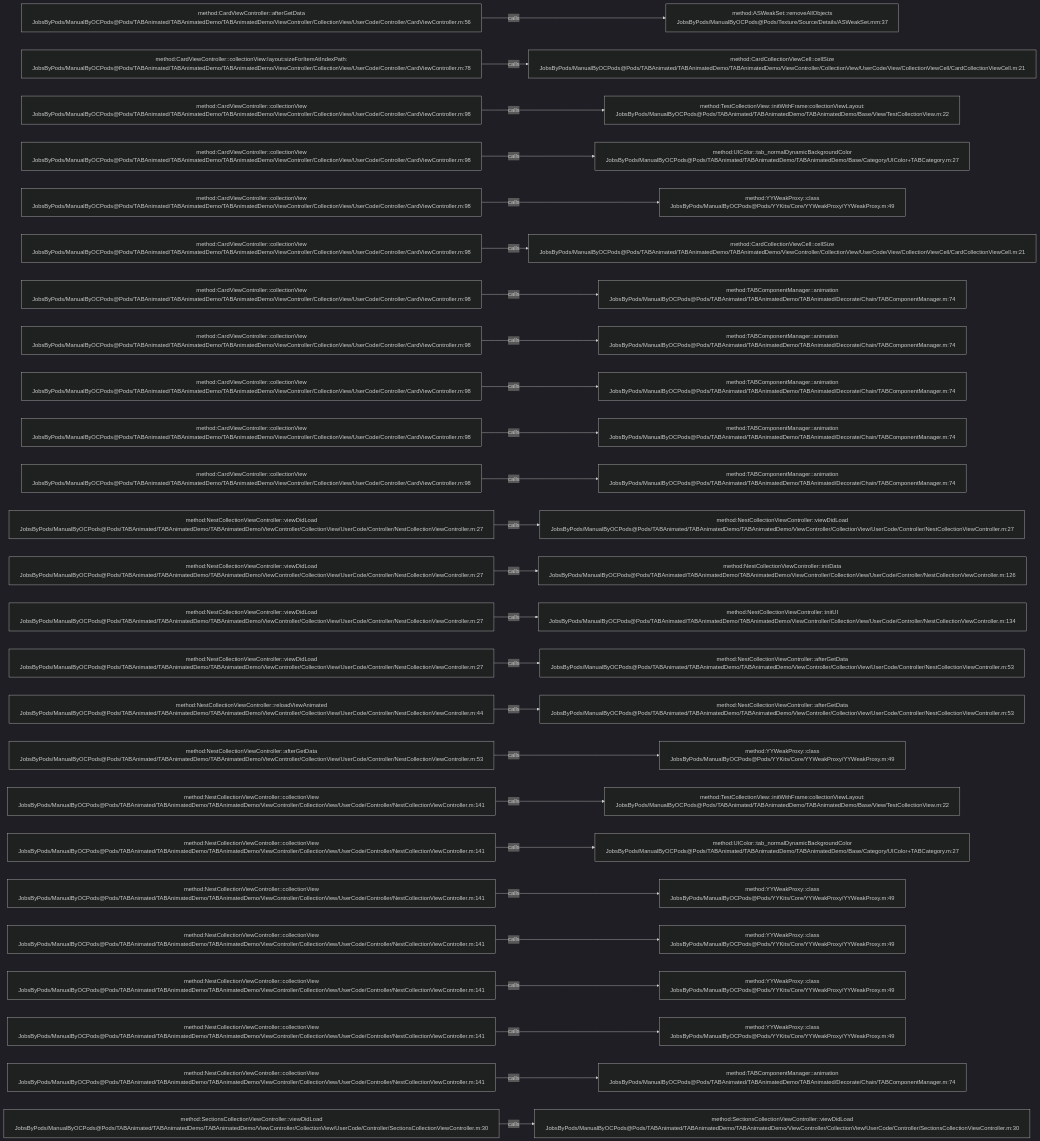
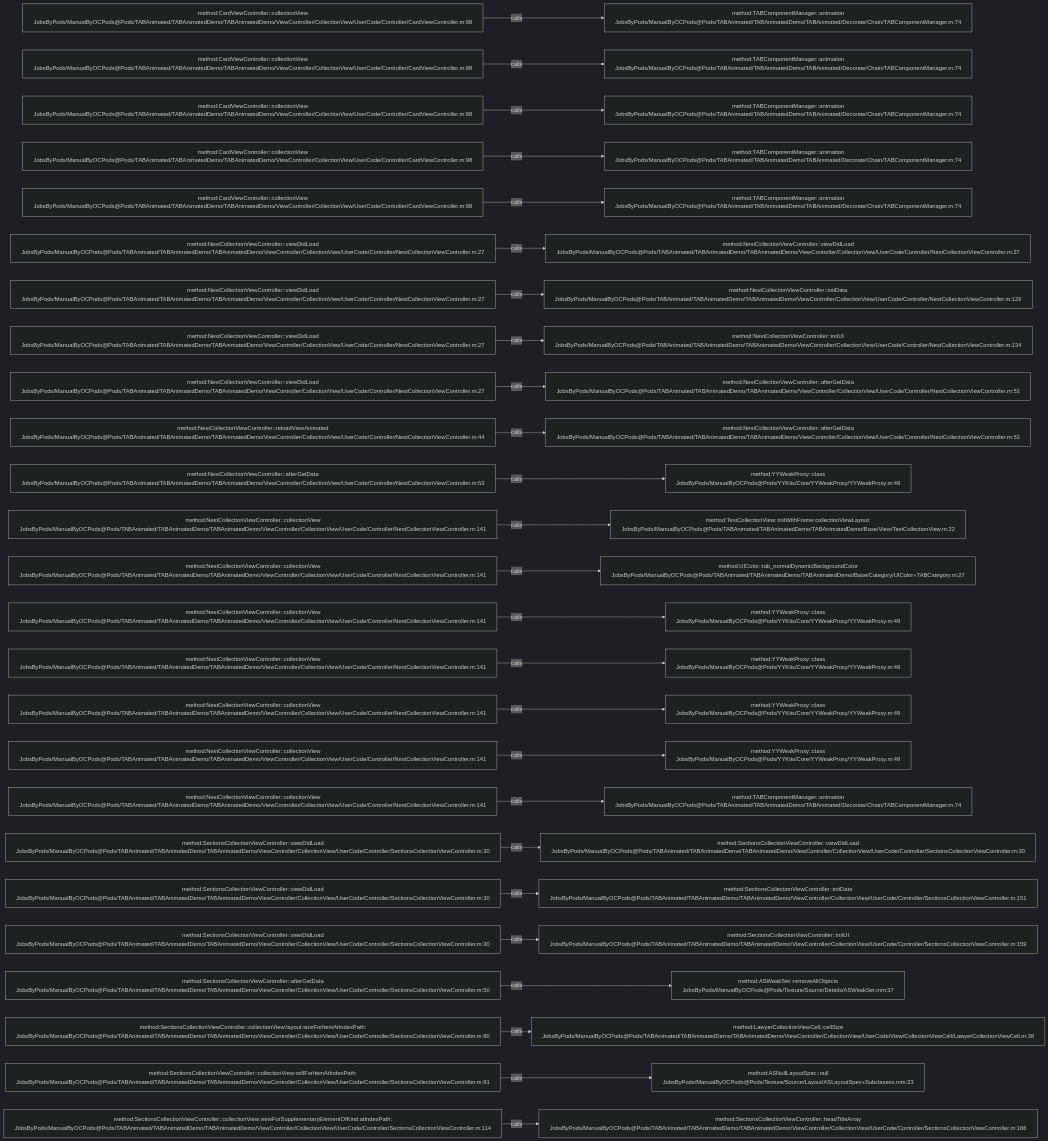
One commit to JobsKits/JobsOCBaseConfigDemo changed the diagram in .codegraph/codegraph.md/graphs/calls-042.md. Above: the diagram before and after it, drawn with Mermaid (dark theme). The commit also changed 666 other files, not shown here.

````diff
--- a/.codegraph/codegraph.md/graphs/calls-042.md
+++ b/.codegraph/codegraph.md/graphs/calls-042.md
@@ -13,78 +13,78 @@
 ```mermaid
 flowchart LR
-  S1["method:CardViewController::afterGetData<br/>JobsByPods/ManualByOCPods@Pods/TABAnimated/TABAnimatedDemo/TABAnimatedDemo/ViewController/CollectionView/UserCode/Controller/CardViewController.m:56"]
-  T1["method:ASWeakSet::removeAllObjects<br/>JobsByPods/ManualByOCPods@Pods/Texture/Source/Details/ASWeakSet.mm:37"]
+  S1["method:CardViewController::collectionView<br/>JobsByPods/ManualByOCPods@Pods/TABAnimated/TABAnimatedDemo/TABAnimatedDemo/ViewController/CollectionView/UserCode/Controller/CardViewController.m:98"]
+  T1["method:TABComponentManager::animation<br/>JobsByPods/ManualByOCPods@Pods/TABAnimated/TABAnimatedDemo/TABAnimated/Decorate/Chain/TABComponentManager.m:74"]
   S1 -->|calls| T1
-  S2["method:CardViewController::collectionView:layout:sizeForItemAtIndexPath:<br/>JobsByPods/ManualByOCPods@Pods/TABAnimated/TABAnimatedDemo/TABAnimatedDemo/ViewController/CollectionView/UserCode/Controller/CardViewController.m:78"]
-  T2["method:CardCollectionViewCell::cellSize<br/>JobsByPods/ManualByOCPods@Pods/TABAnimated/TABAnimatedDemo/TABAnimatedDemo/ViewController/CollectionView/UserCode/View/CollectionViewCell/CardCollectionViewCell.m:21"]
+  S2["method:CardViewController::collectionView<br/>JobsByPods/ManualByOCPods@Pods/TABAnimated/TABAnimatedDemo/TABAnimatedDemo/ViewController/CollectionView/UserCode/Controller/CardViewController.m:98"]
+  T2["method:TABComponentManager::animation<br/>JobsByPods/ManualByOCPods@Pods/TABAnimated/TABAnimatedDemo/TABAnimated/Decorate/Chain/TABComponentManager.m:74"]
   S2 -->|calls| T2
   S3["method:CardViewController::collectionView<br/>JobsByPods/ManualByOCPods@Pods/TABAnimated/TABAnimatedDemo/TABAnimatedDemo/ViewController/CollectionView/UserCode/Controller/CardViewController.m:98"]
-  T3["method:TestCollectionView::initWithFrame:collectionViewLayout:<br/>JobsByPods/ManualByOCPods@Pods/TABAnimated/TABAnimatedDemo/TABAnimatedDemo/Base/View/TestCollectionView.m:22"]
+  T3["method:TABComponentManager::animation<br/>JobsByPods/ManualByOCPods@Pods/TABAnimated/TABAnimatedDemo/TABAnimated/Decorate/Chain/TABComponentManager.m:74"]
   S3 -->|calls| T3
   S4["method:CardViewController::collectionView<br/>JobsByPods/ManualByOCPods@Pods/TABAnimated/TABAnimatedDemo/TABAnimatedDemo/ViewController/CollectionView/UserCode/Controller/CardViewController.m:98"]
-  T4["method:UIColor::tab_normalDynamicBackgroundColor<br/>JobsByPods/ManualByOCPods@Pods/TABAnimated/TABAnimatedDemo/TABAnimatedDemo/Base/Category/UIColor+TABCategory.m:27"]
+  T4["method:TABComponentManager::animation<br/>JobsByPods/ManualByOCPods@Pods/TABAnimated/TABAnimatedDemo/TABAnimated/Decorate/Chain/TABComponentManager.m:74"]
   S4 -->|calls| T4
   S5["method:CardViewController::collectionView<br/>JobsByPods/ManualByOCPods@Pods/TABAnimated/TABAnimatedDemo/TABAnimatedDemo/ViewController/CollectionView/UserCode/Controller/CardViewController.m:98"]
-  T5["method:YYWeakProxy::class<br/>JobsByPods/ManualByOCPods@Pods/YYKits/Core/YYWeakProxy/YYWeakProxy.m:49"]
+  T5["method:TABComponentManager::animation<br/>JobsByPods/ManualByOCPods@Pods/TABAnimated/TABAnimatedDemo/TABAnimated/Decorate/Chain/TABComponentManager.m:74"]
   S5 -->|calls| T5
-  S6["method:CardViewController::collectionView<br/>JobsByPods/ManualByOCPods@Pods/TABAnimated/TABAnimatedDemo/TABAnimatedDemo/ViewController/CollectionView/UserCode/Controller/CardViewController.m:98"]
-  T6["method:CardCollectionViewCell::cellSize<br/>JobsByPods/ManualByOCPods@Pods/TABAnimated/TABAnimatedDemo/TABAnimatedDemo/ViewController/CollectionView/UserCode/View/CollectionViewCell/CardCollectionViewCell.m:21"]
+  S6["method:NestCollectionViewController::viewDidLoad<br/>JobsByPods/ManualByOCPods@Pods/TABAnimated/TABAnimatedDemo/TABAnimatedDemo/ViewController/CollectionView/UserCode/Controller/NestCollectionViewController.m:27"]
+  T6["method:NestCollectionViewController::viewDidLoad<br/>JobsByPods/ManualByOCPods@Pods/TABAnimated/TABAnimatedDemo/TABAnimatedDemo/ViewController/CollectionView/UserCode/Controller/NestCollectionViewController.m:27"]
   S6 -->|calls| T6
-  S7["method:CardViewController::collectionView<br/>JobsByPods/ManualByOCPods@Pods/TABAnimated/TABAnimatedDemo/TABAnimatedDemo/ViewController/CollectionView/UserCode/Controller/CardViewController.m:98"]
-  T7["method:TABComponentManager::animation<br/>JobsByPods/ManualByOCPods@Pods/TABAnimated/TABAnimatedDemo/TABAnimated/Decorate/Chain/TABComponentManager.m:74"]
+  S7["method:NestCollectionViewController::viewDidLoad<br/>JobsByPods/ManualByOCPods@Pods/TABAnimated/TABAnimatedDemo/TABAnimatedDemo/ViewController/CollectionView/UserCode/Controller/NestCollectionViewController.m:27"]
+  T7["method:NestCollectionViewController::initData<br/>JobsByPods/ManualByOCPods@Pods/TABAnimated/TABAnimatedDemo/TABAnimatedDemo/ViewController/CollectionView/UserCode/Controller/NestCollectionViewController.m:126"]
   S7 -->|calls| T7
-  S8["method:CardViewController::collectionView<br/>JobsByPods/ManualByOCPods@Pods/TABAnimated/TABAnimatedDemo/TABAnimatedDemo/ViewController/CollectionView/UserCode/Controller/CardViewController.m:98"]
-  T8["method:TABComponentManager::animation<br/>JobsByPods/ManualByOCPods@Pods/TABAnimated/TABAnimatedDemo/TABAnimated/Decorate/Chain/TABComponentManager.m:74"]
+  S8["method:NestCollectionViewController::viewDidLoad<br/>JobsByPods/ManualByOCPods@Pods/TABAnimated/TABAnimatedDemo/TABAnimatedDemo/ViewController/CollectionView/UserCode/Controller/NestCollectionViewController.m:27"]
+  T8["method:NestCollectionViewController::initUI<br/>JobsByPods/ManualByOCPods@Pods/TABAnimated/TABAnimatedDemo/TABAnimatedDemo/ViewController/CollectionView/UserCode/Controller/NestCollectionViewController.m:134"]
   S8 -->|calls| T8
-  S9["method:CardViewController::collectionView<br/>JobsByPods/ManualByOCPods@Pods/TABAnimated/TABAnimatedDemo/TABAnimatedDemo/ViewController/CollectionView/UserCode/Controller/CardViewController.m:98"]
-  T9["method:TABComponentManager::animation<br/>JobsByPods/ManualByOCPods@Pods/TABAnimated/TABAnimatedDemo/TABAnimated/Decorate/Chain/TABComponentManager.m:74"]
+  S9["method:NestCollectionViewController::viewDidLoad<br/>JobsByPods/ManualByOCPods@Pods/TABAnimated/TABAnimatedDemo/TABAnimatedDemo/ViewController/CollectionView/UserCode/Controller/NestCollectionViewController.m:27"]
+  T9["method:NestCollectionViewController::afterGetData<br/>JobsByPods/ManualByOCPods@Pods/TABAnimated/TABAnimatedDemo/TABAnimatedDemo/ViewController/CollectionView/UserCode/Controller/NestCollectionViewController.m:53"]
   S9 -->|calls| T9
-  S10["method:CardViewController::collectionView<br/>JobsByPods/ManualByOCPods@Pods/TABAnimated/TABAnimatedDemo/TABAnimatedDemo/ViewController/CollectionView/UserCode/Controller/CardViewController.m:98"]
-  T10["method:TABComponentManager::animation<br/>JobsByPods/ManualByOCPods@Pods/TABAnimated/TABAnimatedDemo/TABAnimated/Decorate/Chain/TABComponentManager.m:74"]
+  S10["method:NestCollectionViewController::reloadViewAnimated<br/>JobsByPods/ManualByOCPods@Pods/TABAnimated/TABAnimatedDemo/TABAnimatedDemo/ViewController/CollectionView/UserCode/Controller/NestCollectionViewController.m:44"]
+  T10["method:NestCollectionViewController::afterGetData<br/>JobsByPods/ManualByOCPods@Pods/TABAnimated/TABAnimatedDemo/TABAnimatedDemo/ViewController/CollectionView/UserCode/Controller/NestCollectionViewController.m:53"]
   S10 -->|calls| T10
-  S11["method:CardViewController::collectionView<br/>JobsByPods/ManualByOCPods@Pods/TABAnimated/TABAnimatedDemo/TABAnimatedDemo/ViewController/CollectionView/UserCode/Controller/CardViewController.m:98"]
-  T11["method:TABComponentManager::animation<br/>JobsByPods/ManualByOCPods@Pods/TABAnimated/TABAnimatedDemo/TABAnimated/Decorate/Chain/TABComponentManager.m:74"]
+  S11["method:NestCollectionViewController::afterGetData<br/>JobsByPods/ManualByOCPods@Pods/TABAnimated/TABAnimatedDemo/TABAnimatedDemo/ViewController/CollectionView/UserCode/Controller/NestCollectionViewController.m:53"]
+  T11["method:YYWeakProxy::class<br/>JobsByPods/ManualByOCPods@Pods/YYKits/Core/YYWeakProxy/YYWeakProxy.m:49"]
   S11 -->|calls| T11
-  S12["method:NestCollectionViewController::viewDidLoad<br/>JobsByPods/ManualByOCPods@Pods/TABAnimated/TABAnimatedDemo/TABAnimatedDemo/ViewController/CollectionView/UserCode/Controller/NestCollectionViewController.m:27"]
-  T12["method:NestCollectionViewController::viewDidLoad<br/>JobsByPods/ManualByOCPods@Pods/TABAnimated/TABAnimatedDemo/TABAnimatedDemo/ViewController/CollectionView/UserCode/Controller/NestCollectionViewController.m:27"]
+  S12["method:NestCollectionViewController::collectionView<br/>JobsByPods/ManualByOCPods@Pods/TABAnimated/TABAnimatedDemo/TABAnimatedDemo/ViewController/CollectionView/UserCode/Controller/NestCollectionViewController.m:141"]
+  T12["method:TestCollectionView::initWithFrame:collectionViewLayout:<br/>JobsByPods/ManualByOCPods@Pods/TABAnimated/TABAnimatedDemo/TABAnimatedDemo/Base/View/TestCollectionView.m:22"]
   S12 -->|calls| T12
-  S13["method:NestCollectionViewController::viewDidLoad<br/>JobsByPods/ManualByOCPods@Pods/TABAnimated/TABAnimatedDemo/TABAnimatedDemo/ViewController/CollectionView/UserCode/Controller/NestCollectionViewController.m:27"]
-  T13["method:NestCollectionViewController::initData<br/>JobsByPods/ManualByOCPods@Pods/TABAnimated/TABAnimatedDemo/TABAnimatedDemo/ViewController/CollectionView/UserCode/Controller/NestCollectionViewController.m:126"]
+  S13["method:NestCollectionViewController::collectionView<br/>JobsByPods/ManualByOCPods@Pods/TABAnimated/TABAnimatedDemo/TABAnimatedDemo/ViewController/CollectionView/UserCode/Controller/NestCollectionViewController.m:141"]
+  T13["method:UIColor::tab_normalDynamicBackgroundColor<br/>JobsByPods/ManualByOCPods@Pods/TABAnimated/TABAnimatedDemo/TABAnimatedDemo/Base/Category/UIColor+TABCategory.m:27"]
   S13 -->|calls| T13
-  S14["method:NestCollectionViewController::viewDidLoad<br/>JobsByPods/ManualByOCPods@Pods/TABAnimated/TABAnimatedDemo/TABAnimatedDemo/ViewController/CollectionView/UserCode/Controller/NestCollectionViewController.m:27"]
-  T14["method:NestCollectionViewController::initUI<br/>JobsByPods/ManualByOCPods@Pods/TABAnimated/TABAnimatedDemo/TABAnimatedDemo/ViewController/CollectionView/UserCode/Controller/NestCollectionViewController.m:134"]
+  S14["method:NestCollectionViewController::collectionView<br/>JobsByPods/ManualByOCPods@Pods/TABAnimated/TABAnimatedDemo/TABAnimatedDemo/ViewController/CollectionView/UserCode/Controller/NestCollectionViewController.m:141"]
+  T14["method:YYWeakProxy::class<br/>JobsByPods/ManualByOCPods@Pods/YYKits/Core/YYWeakProxy/YYWeakProxy.m:49"]
   S14 -->|calls| T14
-  S15["method:NestCollectionViewController::viewDidLoad<br/>JobsByPods/ManualByOCPods@Pods/TABAnimated/TABAnimatedDemo/TABAnimatedDemo/ViewController/CollectionView/UserCode/Controller/NestCollectionViewController.m:27"]
-  T15["method:NestCollectionViewController::afterGetData<br/>JobsByPods/ManualByOCPods@Pods/TABAnimated/TABAnimatedDemo/TABAnimatedDemo/ViewController/CollectionView/UserCode/Controller/NestCollectionViewController.m:53"]
+  S15["method:NestCollectionViewController::collectionView<br/>JobsByPods/ManualByOCPods@Pods/TABAnimated/TABAnimatedDemo/TABAnimatedDemo/ViewController/CollectionView/UserCode/Controller/NestCollectionViewController.m:141"]
+  T15["method:YYWeakProxy::class<br/>JobsByPods/ManualByOCPods@Pods/YYKits/Core/YYWeakProxy/YYWeakProxy.m:49"]
   S15 -->|calls| T15
-  S16["method:NestCollectionViewController::reloadViewAnimated<br/>JobsByPods/ManualByOCPods@Pods/TABAnimated/TABAnimatedDemo/TABAnimatedDemo/ViewController/CollectionView/UserCode/Controller/NestCollectionViewController.m:44"]
-  T16["method:NestCollectionViewController::afterGetData<br/>JobsByPods/ManualByOCPods@Pods/TABAnimated/TABAnimatedDemo/TABAnimatedDemo/ViewController/CollectionView/UserCode/Controller/NestCollectionViewController.m:53"]
+  S16["method:NestCollectionViewController::collectionView<br/>JobsByPods/ManualByOCPods@Pods/TABAnimated/TABAnimatedDemo/TABAnimatedDemo/ViewController/CollectionView/UserCode/Controller/NestCollectionViewController.m:141"]
+  T16["method:YYWeakProxy::class<br/>JobsByPods/ManualByOCPods@Pods/YYKits/Core/YYWeakProxy/YYWeakProxy.m:49"]
   S16 -->|calls| T16
-  S17["method:NestCollectionViewController::afterGetData<br/>JobsByPods/ManualByOCPods@Pods/TABAnimated/TABAnimatedDemo/TABAnimatedDemo/ViewController/CollectionView/UserCode/Controller/NestCollectionViewController.m:53"]
+  S17["method:NestCollectionViewController::collectionView<br/>JobsByPods/ManualByOCPods@Pods/TABAnimated/TABAnimatedDemo/TABAnimatedDemo/ViewController/CollectionView/UserCode/Controller/NestCollectionViewController.m:141"]
   T17["method:YYWeakProxy::class<br/>JobsByPods/ManualByOCPods@Pods/YYKits/Core/YYWeakProxy/YYWeakProxy.m:49"]
   S17 -->|calls| T17
   S18["method:NestCollectionViewController::collectionView<br/>JobsByPods/ManualByOCPods@Pods/TABAnimated/TABAnimatedDemo/TABAnimatedDemo/ViewController/CollectionView/UserCode/Controller/NestCollectionViewController.m:141"]
-  T18["method:TestCollectionView::initWithFrame:collectionViewLayout:<br/>JobsByPods/ManualByOCPods@Pods/TABAnimated/TABAnimatedDemo/TABAnimatedDemo/Base/View/TestCollectionView.m:22"]
+  T18["method:TABComponentManager::animation<br/>JobsByPods/ManualByOCPods@Pods/TABAnimated/TABAnimatedDemo/TABAnimated/Decorate/Chain/TABComponentManager.m:74"]
   S18 -->|calls| T18
-  S19["method:NestCollectionViewController::collectionView<br/>JobsByPods/ManualByOCPods@Pods/TABAnimated/TABAnimatedDemo/TABAnimatedDemo/ViewController/CollectionView/UserCode/Controller/NestCollectionViewController.m:141"]
-  T19["method:UIColor::tab_normalDynamicBackgroundColor<br/>JobsByPods/ManualByOCPods@Pods/TABAnimated/TABAnimatedDemo/TABAnimatedDemo/Base/Category/UIColor+TABCategory.m:27"]
+  S19["method:SectionsCollectionViewController::viewDidLoad<br/>JobsByPods/ManualByOCPods@Pods/TABAnimated/TABAnimatedDemo/TABAnimatedDemo/ViewController/CollectionView/UserCode/Controller/SectionsCollectionViewController.m:30"]
+  T19["method:SectionsCollectionViewController::viewDidLoad<br/>JobsByPods/ManualByOCPods@Pods/TABAnimated/TABAnimatedDemo/TABAnimatedDemo/ViewController/CollectionView/UserCode/Controller/SectionsCollectionViewController.m:30"]
   S19 -->|calls| T19
-  S20["method:NestCollectionViewController::collectionView<br/>JobsByPods/ManualByOCPods@Pods/TABAnimated/TABAnimatedDemo/TABAnimatedDemo/ViewController/CollectionView/UserCode/Controller/NestCollectionViewController.m:141"]
-  T20["method:YYWeakProxy::class<br/>JobsByPods/ManualByOCPods@Pods/YYKits/Core/YYWeakProxy/YYWeakProxy.m:49"]
+  S20["method:SectionsCollectionViewController::viewDidLoad<br/>JobsByPods/ManualByOCPods@Pods/TABAnimated/TABAnimatedDemo/TABAnimatedDemo/ViewController/CollectionView/UserCode/Controller/SectionsCollectionViewController.m:30"]
+  T20["method:SectionsCollectionViewController::initData<br/>JobsByPods/ManualByOCPods@Pods/TABAnimated/TABAnimatedDemo/TABAnimatedDemo/ViewController/CollectionView/UserCode/Controller/SectionsCollectionViewController.m:151"]
   S20 -->|calls| T20
-  S21["method:NestCollectionViewController::collectionView<br/>JobsByPods/ManualByOCPods@Pods/TABAnimated/TABAnimatedDemo/TABAnimatedDemo/ViewController/CollectionView/UserCode/Controller/NestCollectionViewController.m:141"]
-  T21["method:YYWeakProxy::class<br/>JobsByPods/ManualByOCPods@Pods/YYKits/Core/YYWeakProxy/YYWeakProxy.m:49"]
+  S21["method:SectionsCollectionViewController::viewDidLoad<br/>JobsByPods/ManualByOCPods@Pods/TABAnimated/TABAnimatedDemo/TABAnimatedDemo/ViewController/CollectionView/UserCode/Controller/SectionsCollectionViewController.m:30"]
+  T21["method:SectionsCollectionViewController::initUI<br/>JobsByPods/ManualByOCPods@Pods/TABAnimated/TABAnimatedDemo/TABAnimatedDemo/ViewController/CollectionView/UserCode/Controller/SectionsCollectionViewController.m:159"]
   S21 -->|calls| T21
-  S22["method:NestCollectionViewController::collectionView<br/>JobsByPods/ManualByOCPods@Pods/TABAnimated/TABAnimatedDemo/TABAnimatedDemo/ViewController/CollectionView/UserCode/Controller/NestCollectionViewController.m:141"]
-  T22["method:YYWeakProxy::class<br/>JobsByPods/ManualByOCPods@Pods/YYKits/Core/YYWeakProxy/YYWeakProxy.m:49"]
+  S22["method:SectionsCollectionViewController::afterGetData<br/>JobsByPods/ManualByOCPods@Pods/TABAnimated/TABAnimatedDemo/TABAnimatedDemo/ViewController/CollectionView/UserCode/Controller/SectionsCollectionViewController.m:50"]
+  T22["method:ASWeakSet::removeAllObjects<br/>JobsByPods/ManualByOCPods@Pods/Texture/Source/Details/ASWeakSet.mm:37"]
   S22 -->|calls| T22
-  S23["method:NestCollectionViewController::collectionView<br/>JobsByPods/ManualByOCPods@Pods/TABAnimated/TABAnimatedDemo/TABAnimatedDemo/ViewController/CollectionView/UserCode/Controller/NestCollectionViewController.m:141"]
-  T23["method:YYWeakProxy::class<br/>JobsByPods/ManualByOCPods@Pods/YYKits/Core/YYWeakProxy/YYWeakProxy.m:49"]
+  S23["method:SectionsCollectionViewController::collectionView:layout:sizeForItemAtIndexPath:<br/>JobsByPods/ManualByOCPods@Pods/TABAnimated/TABAnimatedDemo/TABAnimatedDemo/ViewController/CollectionView/UserCode/Controller/SectionsCollectionViewController.m:80"]
+  T23["method:LawyerCollectionViewCell::cellSize<br/>JobsByPods/ManualByOCPods@Pods/TABAnimated/TABAnimatedDemo/TABAnimatedDemo/ViewController/CollectionView/UserCode/View/CollectionViewCell/LawyerCollectionViewCell.m:38"]
   S23 -->|calls| T23
-  S24["method:NestCollectionViewController::collectionView<br/>JobsByPods/ManualByOCPods@Pods/TABAnimated/TABAnimatedDemo/TABAnimatedDemo/ViewController/CollectionView/UserCode/Controller/NestCollectionViewController.m:141"]
-  T24["method:TABComponentManager::animation<br/>JobsByPods/ManualByOCPods@Pods/TABAnimated/TABAnimatedDemo/TABAnimated/Decorate/Chain/TABComponentManager.m:74"]
+  S24["method:SectionsCollectionViewController::collectionView:cellForItemAtIndexPath:<br/>JobsByPods/ManualByOCPods@Pods/TABAnimated/TABAnimatedDemo/TABAnimatedDemo/ViewController/CollectionView/UserCode/Controller/SectionsCollectionViewController.m:91"]
+  T24["method:ASNullLayoutSpec::null<br/>JobsByPods/ManualByOCPods@Pods/Texture/Source/Layout/ASLayoutSpec+Subclasses.mm:23"]
   S24 -->|calls| T24
-  S25["method:SectionsCollectionViewController::viewDidLoad<br/>JobsByPods/ManualByOCPods@Pods/TABAnimated/TABAnimatedDemo/TABAnimatedDemo/ViewController/CollectionView/UserCode/Controller/SectionsCollectionViewController.m:30"]
-  T25["method:SectionsCollectionViewController::viewDidLoad<br/>JobsByPods/ManualByOCPods@Pods/TABAnimated/TABAnimatedDemo/TABAnimatedDemo/ViewController/CollectionView/UserCode/Controller/SectionsCollectionViewController.m:30"]
+  S25["method:SectionsCollectionViewController::collectionView:viewForSupplementaryElementOfKind:atIndexPath:<br/>JobsByPods/ManualByOCPods@Pods/TABAnimated/TABAnimatedDemo/TABAnimatedDemo/ViewController/CollectionView/UserCode/Controller/SectionsCollectionViewController.m:114"]
+  T25["method:SectionsCollectionViewController::headTitleArray<br/>JobsByPods/ManualByOCPods@Pods/TABAnimated/TABAnimatedDemo/TABAnimatedDemo/ViewController/CollectionView/UserCode/Controller/SectionsCollectionViewController.m:166"]
   S25 -->|calls| T25
 ```
````
